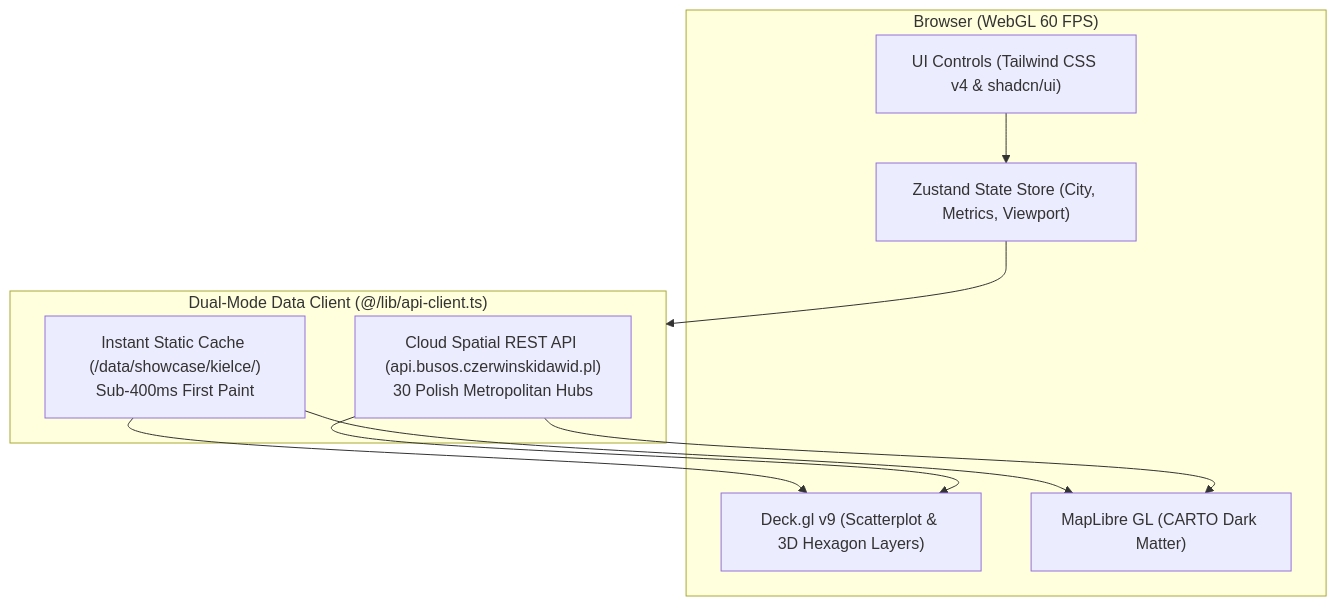
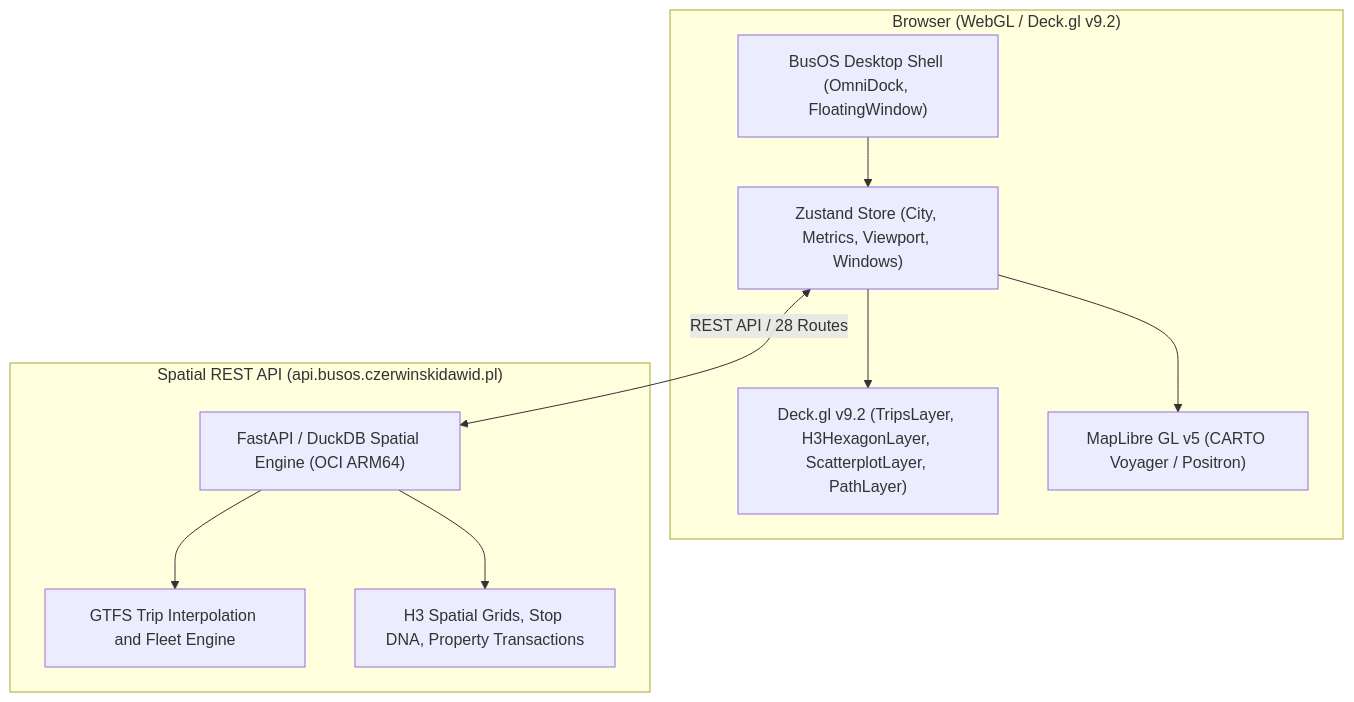
Before and after one commit to Gzyms69/busos: the diagram in urban-dashboard/README.md, drawn with Mermaid. The commit also changed other lines of this file and 7 other files, not shown here.

Commit message:
fix(ui,docs): resolve H3 tooltip city bug, remove emojis, polish UI microcopy, and synchronize documentation for Sprint 5.0

````diff
--- a/urban-dashboard/README.md
+++ b/urban-dashboard/README.md
@@ -20,19 +20,20 @@
 ```mermaid
 flowchart TD
-    subgraph Client["Browser (WebGL 60 FPS)"]
-        UI["UI Controls (Tailwind CSS v4 & shadcn/ui)"]
-        Store["Zustand State Store (City, Metrics, Viewport)"]
-        Deck["Deck.gl v9 (Scatterplot & 3D Hexagon Layers)"]
-        Map["MapLibre GL (CARTO Dark Matter)"]
+    subgraph Client["Browser (WebGL / Deck.gl v9.2)"]
+        Shell["BusOS Desktop Shell (OmniDock, FloatingWindow)"]
+        Store["Zustand Store (City, Metrics, Viewport, Windows)"]
+        Deck["Deck.gl v9.2 (TripsLayer, H3HexagonLayer, ScatterplotLayer, PathLayer)"]
+        Map["MapLibre GL v5 (CARTO Voyager / Positron)"]
     end
 
-    subgraph DataLayer["Dual-Mode Data Client (@/lib/api-client.ts)"]
-        Cache["Instant Static Cache (/data/showcase/kielce/)<br/>Sub-400ms First Paint"]
-        API["Cloud Spatial REST API (api.busos.czerwinskidawid.pl)<br/>30 Polish Metropolitan Hubs"]
+    subgraph Backend["Spatial REST API (api.busos.czerwinskidawid.pl)"]
+        FastAPI["FastAPI / DuckDB Spatial Engine (OCI ARM64)"]
+        Simulation["GTFS Trip Interpolation and Fleet Engine"]
+        Analytics["H3 Spatial Grids, Stop DNA, Property Transactions"]
     end
 
-    UI --> Store
-    Store --> DataLayer
-    Cache --> Deck & Map
-    API --> Deck & Map
+    Shell --> Store
+    Store --> Deck & Map
+    Store <-->|REST API / 28 Routes| FastAPI
+    FastAPI --> Simulation & Analytics
 ```
````
